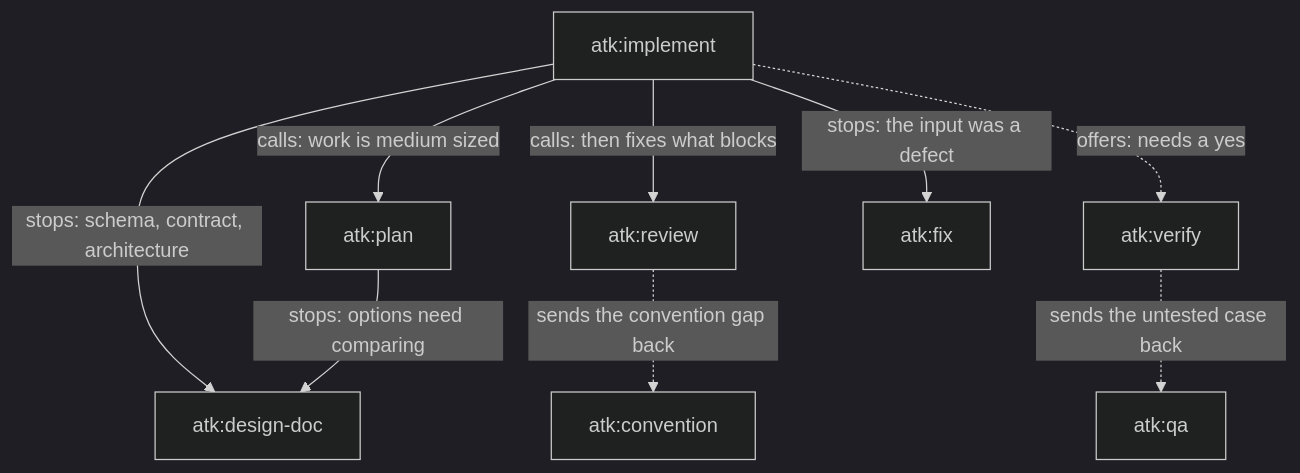
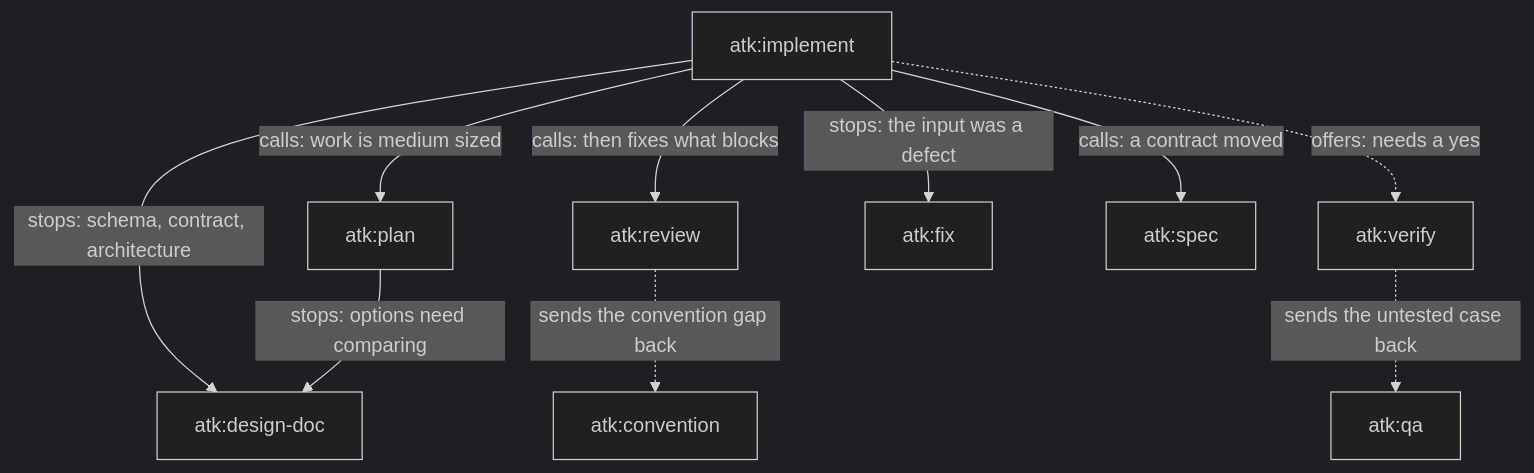
One commit to lamngockhuong/aiteamkit changed the second of 2 diagrams in docs/flow/skill-lifecycle.md. Above: the diagram before and after it, drawn with Mermaid (dark theme). The commit also changed other lines of this file and 38 other files, not shown here.

First line of the commit message:
feat: add atk:spec, the reference document skill (#10)

````diff
--- a/docs/flow/skill-lifecycle.md
+++ b/docs/flow/skill-lifecycle.md
@@ -84,20 +84,22 @@
 ```mermaid
 flowchart TD
     IMP["atk:implement"]
     PLN["atk:plan"]
     DSG["atk:design-doc"]
     REV["atk:review"]
     VER["atk:verify"]
     FIX["atk:fix"]
     QA["atk:qa"]
     CNV["atk:convention"]
+    SPC["atk:spec"]
 
     IMP -->|"calls: work is medium sized"| PLN
     IMP -->|"calls: then fixes what blocks"| REV
     IMP -->|"stops: schema, contract, architecture"| DSG
     IMP -->|"stops: the input was a defect"| FIX
     PLN -->|"stops: options need comparing"| DSG
+    IMP -->|"calls: a contract moved"| SPC
     IMP -.->|"offers: needs a yes"| VER
     REV -.->|"sends the convention gap back"| CNV
     VER -.->|"sends the untested case back"| QA
 ```
````
